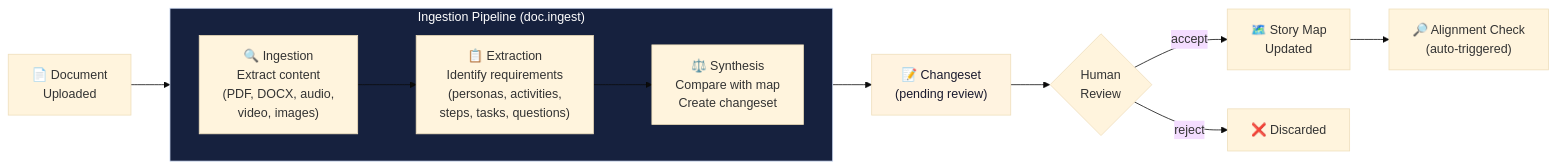
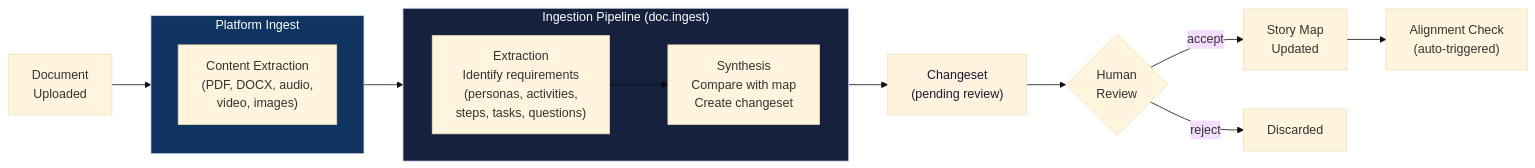
The third of 13 diagrams in ARCHITECTURE.md (eve-horizon/eden), drawn with Mermaid (base theme) before and after one commit. The commit also changed other lines of this file and 3 other files, not shown here.

````diff
--- a/ARCHITECTURE.md
+++ b/ARCHITECTURE.md
@@ -106,22 +110,28 @@
 ```mermaid
 flowchart LR
-    upload["📄 Document\nUploaded"] --> ingest
+    upload["Document\nUploaded"] --> platform
+
+    subgraph platform["Platform Ingest"]
+        ingest["Content Extraction\n(PDF, DOCX, audio,\nvideo, images)"]
+    end
+
+    platform --> pipeline
 
     subgraph pipeline["Ingestion Pipeline (doc.ingest)"]
         direction LR
-        ingest["🔍 Ingestion\nExtract content\n(PDF, DOCX, audio,\nvideo, images)"]
-        extract["📋 Extraction\nIdentify requirements\n(personas, activities,\nsteps, tasks, questions)"]
-        synth["⚖️ Synthesis\nCompare with map\nCreate changeset"]
+        extract["Extraction\nIdentify requirements\n(personas, activities,\nsteps, tasks, questions)"]
+        synth["Synthesis\nCompare with map\nCreate changeset"]
 
-        ingest --> extract --> synth
+        extract --> synth
     end
 
-    synth --> changeset["📝 Changeset\n(pending review)"]
+    synth --> changeset["Changeset\n(pending review)"]
     changeset --> review{"Human\nReview"}
-    review -->|accept| map["🗺️ Story Map\nUpdated"]
-    review -->|reject| discard["❌ Discarded"]
-    map --> alignment["🔎 Alignment Check\n(auto-triggered)"]
+    review -->|accept| map["Story Map\nUpdated"]
+    review -->|reject| discard["Discarded"]
+    map --> alignment["Alignment Check\n(auto-triggered)"]
 
+    style platform fill:#0f3460,color:#fff
     style pipeline fill:#16213e,color:#fff
     style changeset fill:#fff3e0,color:#1a1a2e
 ```
````
